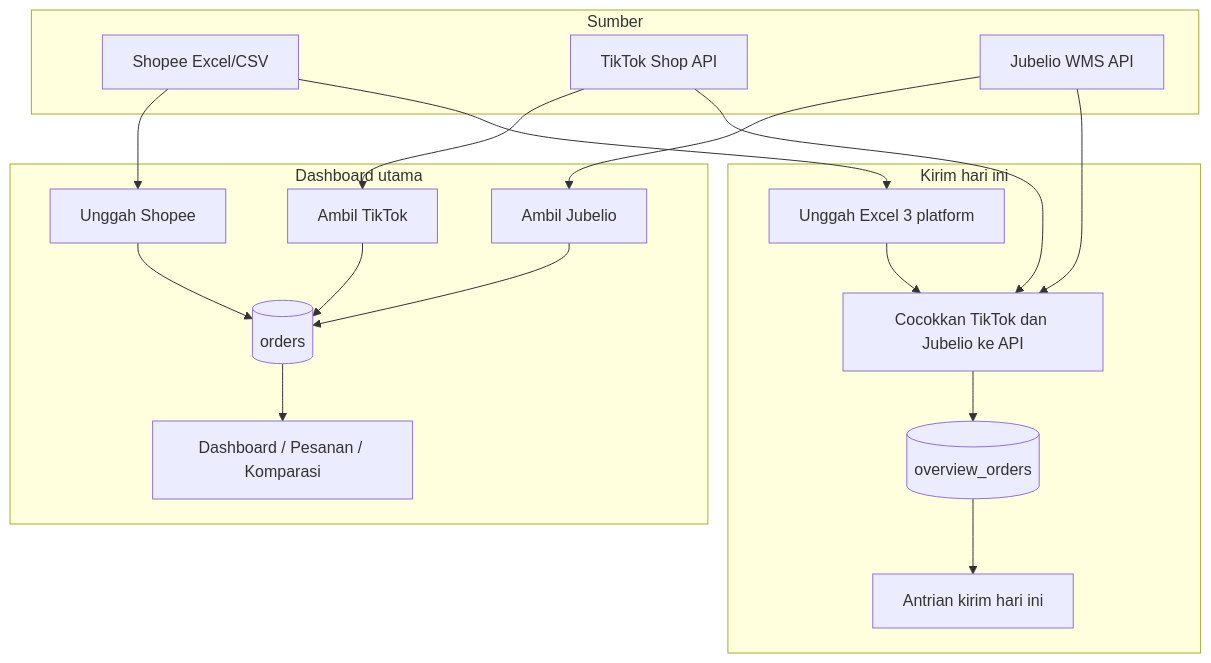
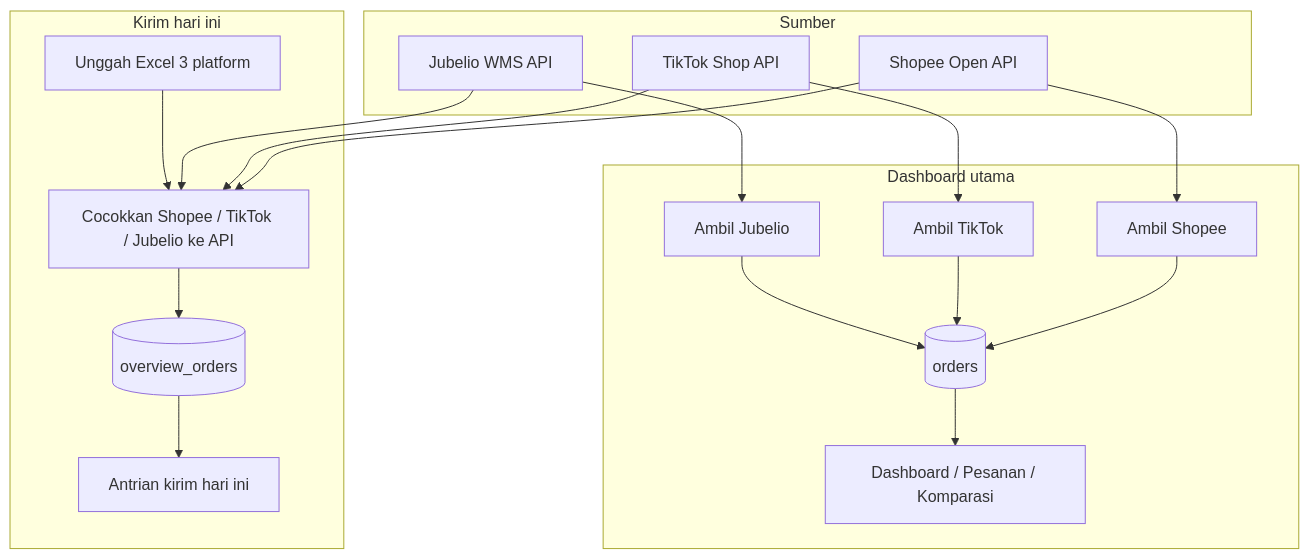
Before and after one commit to itaeris/fulfillment-order: the first of 3 diagrams in README.md, drawn with Mermaid. The commit also changed other lines of this file and 21 other files, not shown here.

First line of the commit message:
feat: integrate Shopee Open API support and enhance order management

````diff
--- a/README.md
+++ b/README.md
@@ -11,33 +11,33 @@
 ```mermaid
 flowchart TB
   subgraph sumber [Sumber]
-    ShopeeExcel[Shopee Excel/CSV]
+    ShopeeAPI[Shopee Open API]
     TikTokAPI[TikTok Shop API]
     JubelioAPI[Jubelio WMS API]
   end
 
   subgraph dash [Dashboard utama]
+    AmbilShopee[Ambil Shopee]
     AmbilTikTok[Ambil TikTok]
     AmbilJubelio[Ambil Jubelio]
-    UploadShopee[Unggah Shopee]
     TOrders[(orders)]
     UI1[Dashboard / Pesanan / Komparasi]
   end
 
   subgraph gudang [Kirim hari ini]
     Upload3[Unggah Excel 3 platform]
-    Reconcile[Cocokkan TikTok dan Jubelio ke API]
+    Reconcile[Cocokkan Shopee / TikTok / Jubelio ke API]
     TOverview[(overview_orders)]
     UI2[Antrian kirim hari ini]
   end
 
-  ShopeeExcel --> UploadShopee --> TOrders
+  ShopeeAPI --> AmbilShopee --> TOrders
   TikTokAPI --> AmbilTikTok --> TOrders
   JubelioAPI --> AmbilJubelio --> TOrders
   TOrders --> UI1
 
-  ShopeeExcel --> Upload3
+  ShopeeAPI --> Reconcile
   TikTokAPI --> Reconcile
   JubelioAPI --> Reconcile
   Upload3 --> Reconcile --> TOverview --> UI2
 ```
````
